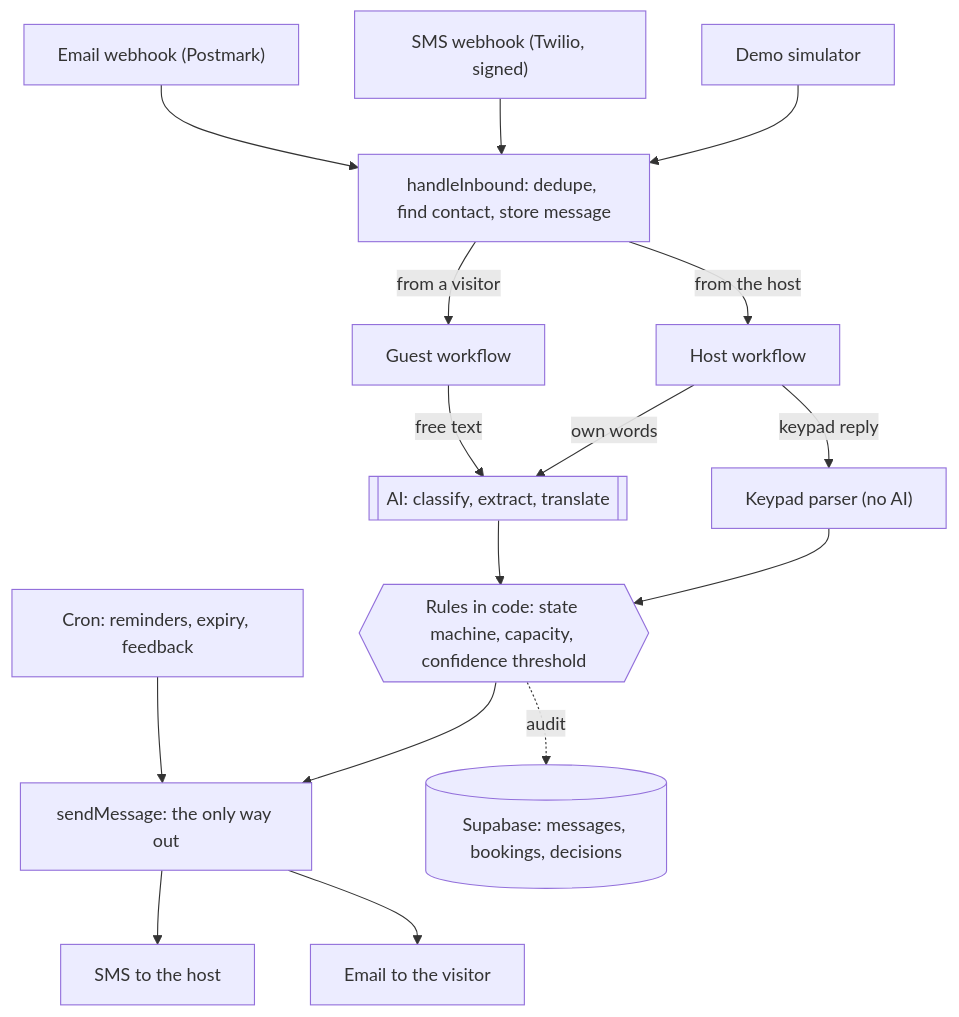
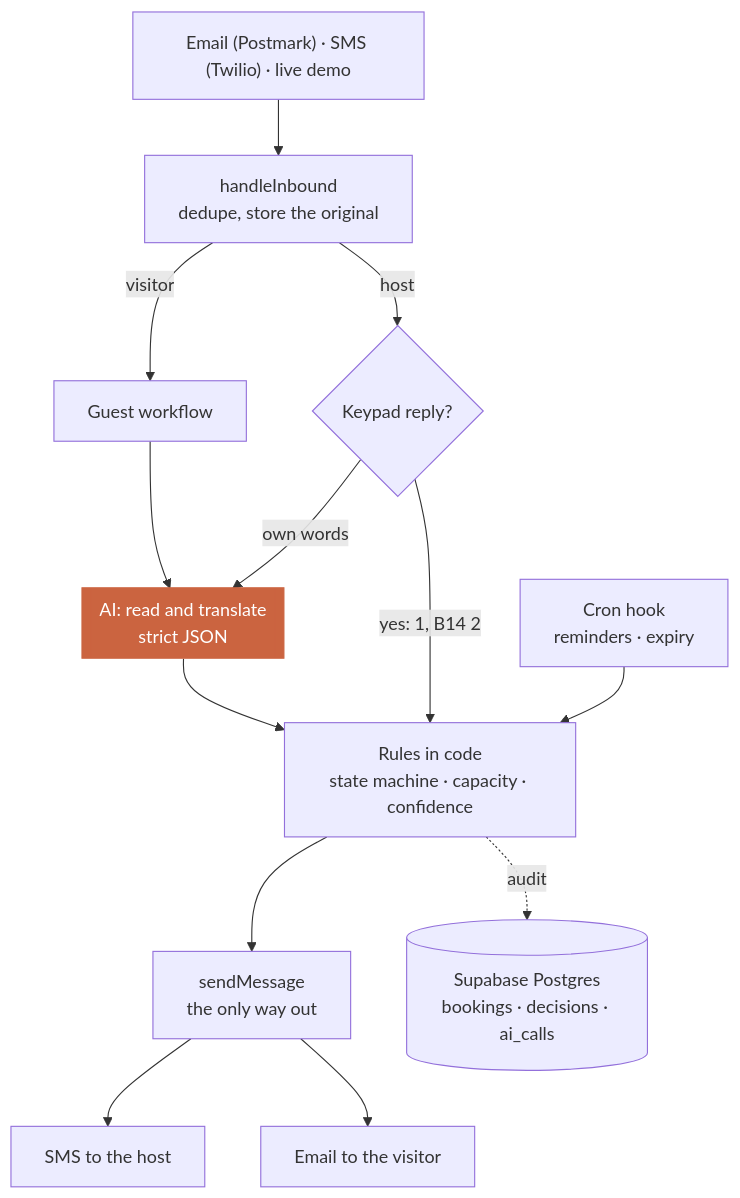
Before and after one commit to tataknu/daraja: the second of 3 diagrams in README.md, drawn with Mermaid. The commit also changed other lines of this file and 5 other files, not shown here.

````diff
--- a/README.md
+++ b/README.md
@@ -212,19 +171,17 @@
 ```mermaid
 flowchart TD
-  E["Email webhook (Postmark)"] --> H
-  S["SMS webhook (Twilio, signed)"] --> H
-  SIM["Demo simulator"] --> H
-  H["handleInbound: dedupe, find contact, store message"]
-  H -->|from a visitor| G["Guest workflow"]
-  H -->|from the host| HO["Host workflow"]
-  G -->|free text| AI[["AI: classify, extract, translate"]]
-  HO -->|own words| AI
-  HO -->|keypad reply| KP["Keypad parser (no AI)"]
-  AI --> R{{"Rules in code: state machine, capacity, confidence threshold"}}
-  KP --> R
-  T["Cron: reminders, expiry, feedback"] --> OUT
-  R --> OUT["sendMessage: the only way out"]
+  IN["Email (Postmark) · SMS (Twilio) · live demo"] --> H["handleInbound<br/>dedupe, store the original"]
+  H -->|visitor| G["Guest workflow"]
+  H -->|host| K{"Keypad reply?"}
+  G --> AI[["AI: read and translate<br/>strict JSON"]]
+  AI --> R["Rules in code<br/>state machine · capacity · confidence"]
+  K -->|"yes: 1, B14 2"| R
+  K -->|own words| AI
+  T["Cron hook<br/>reminders · expiry"] --> R
+  R --> OUT["sendMessage<br/>the only way out"]
   OUT --> SMS["SMS to the host"]
   OUT --> MAIL["Email to the visitor"]
-  R -.->|audit| DB[("Supabase: messages, bookings, decisions")]
+  R -.->|audit| DB[("Supabase Postgres<br/>bookings · decisions · ai_calls")]
+  classDef ai fill:#CB6440,stroke:#CB6440,color:#fff
+  class AI ai
 ```
````
